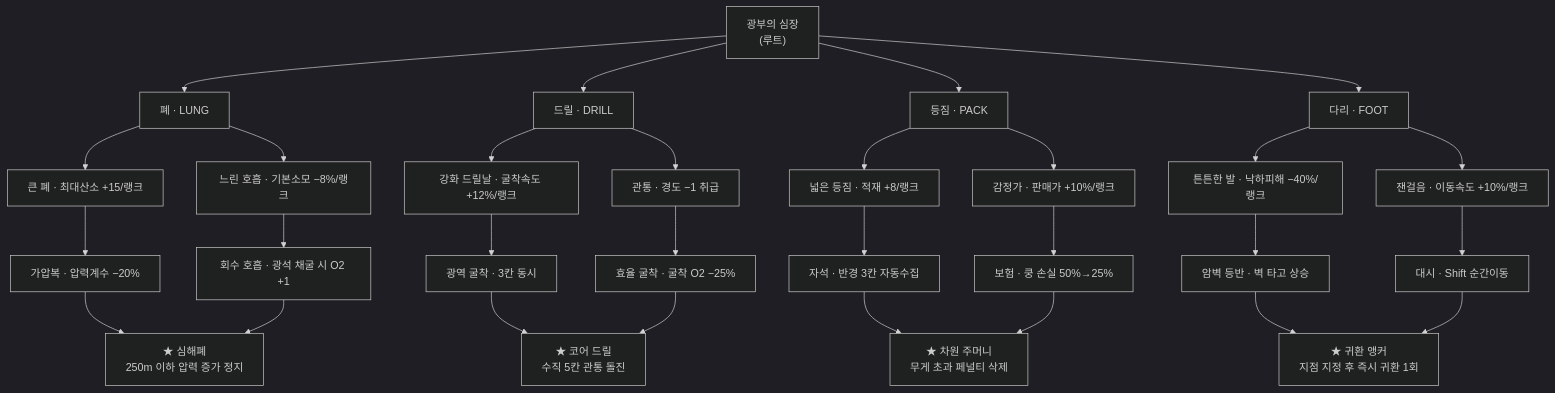
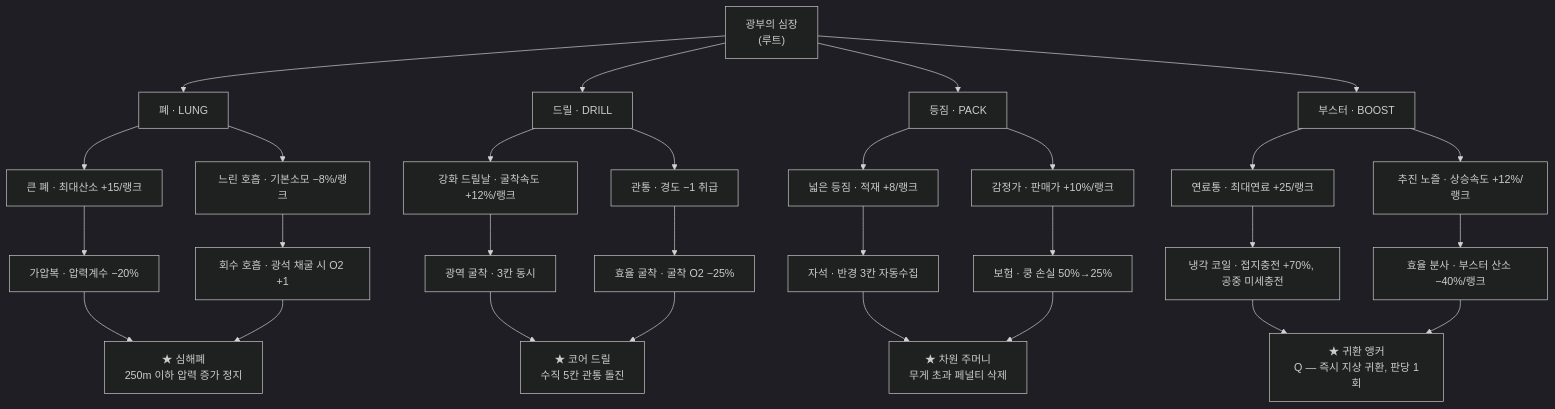
The diagram in docs/GAME_DESIGN.md (guzang02-glitch/Dig_Deeper), drawn with Mermaid (dark theme) before and after one commit. The commit also changed other lines of this file and 2 other files, not shown here.

````diff
--- a/docs/GAME_DESIGN.md
+++ b/docs/GAME_DESIGN.md
@@ -258,37 +288,37 @@
 ```mermaid
 graph TD
     R["광부의 심장<br/>(루트)"]
 
     R --> L1["폐 · LUNG"]
     R --> D1["드릴 · DRILL"]
     R --> P1["등짐 · PACK"]
-    R --> F1["다리 · FOOT"]
+    R --> F1["부스터 · BOOST"]
 
     L1 --> L2a["큰 폐 · 최대산소 +15/랭크"]
     L1 --> L2b["느린 호흡 · 기본소모 −8%/랭크"]
     L2a --> L3a["가압복 · 압력계수 −20%"]
     L2b --> L3b["회수 호흡 · 광석 채굴 시 O2 +1"]
     L3a --> L4["★ 심해폐<br/>250m 이하 압력 증가 정지"]
     L3b --> L4
 
     D1 --> D2a["강화 드릴날 · 굴착속도 +12%/랭크"]
     D1 --> D2b["관통 · 경도 −1 취급"]
     D2a --> D3a["광역 굴착 · 3칸 동시"]
     D2b --> D3b["효율 굴착 · 굴착 O2 −25%"]
     D3a --> D4["★ 코어 드릴<br/>수직 5칸 관통 돌진"]
     D3b --> D4
 
     P1 --> P2a["넓은 등짐 · 적재 +8/랭크"]
     P1 --> P2b["감정가 · 판매가 +10%/랭크"]
     P2a --> P3a["자석 · 반경 3칸 자동수집"]
     P2b --> P3b["보험 · 쿵 손실 50%→25%"]
     P3a --> P4["★ 차원 주머니<br/>무게 초과 페널티 삭제"]
     P3b --> P4
 
-    F1 --> F2a["튼튼한 발 · 낙하피해 −40%/랭크"]
-    F1 --> F2b["잰걸음 · 이동속도 +10%/랭크"]
-    F2a --> F3a["암벽 등반 · 벽 타고 상승"]
-    F2b --> F3b["대시 · Shift 순간이동"]
-    F3a --> F4["★ 귀환 앵커<br/>지점 지정 후 즉시 귀환 1회"]
+    F1 --> F2a["연료통 · 최대연료 +25/랭크"]
+    F1 --> F2b["추진 노즐 · 상승속도 +12%/랭크"]
+    F2a --> F3a["냉각 코일 · 접지충전 +70%, 공중 미세충전"]
+    F2b --> F3b["효율 분사 · 부스터 산소 −40%/랭크"]
+    F3a --> F4["★ 귀환 앵커<br/>Q — 즉시 지상 귀환, 판당 1회"]
     F3b --> F4
 ```
````
